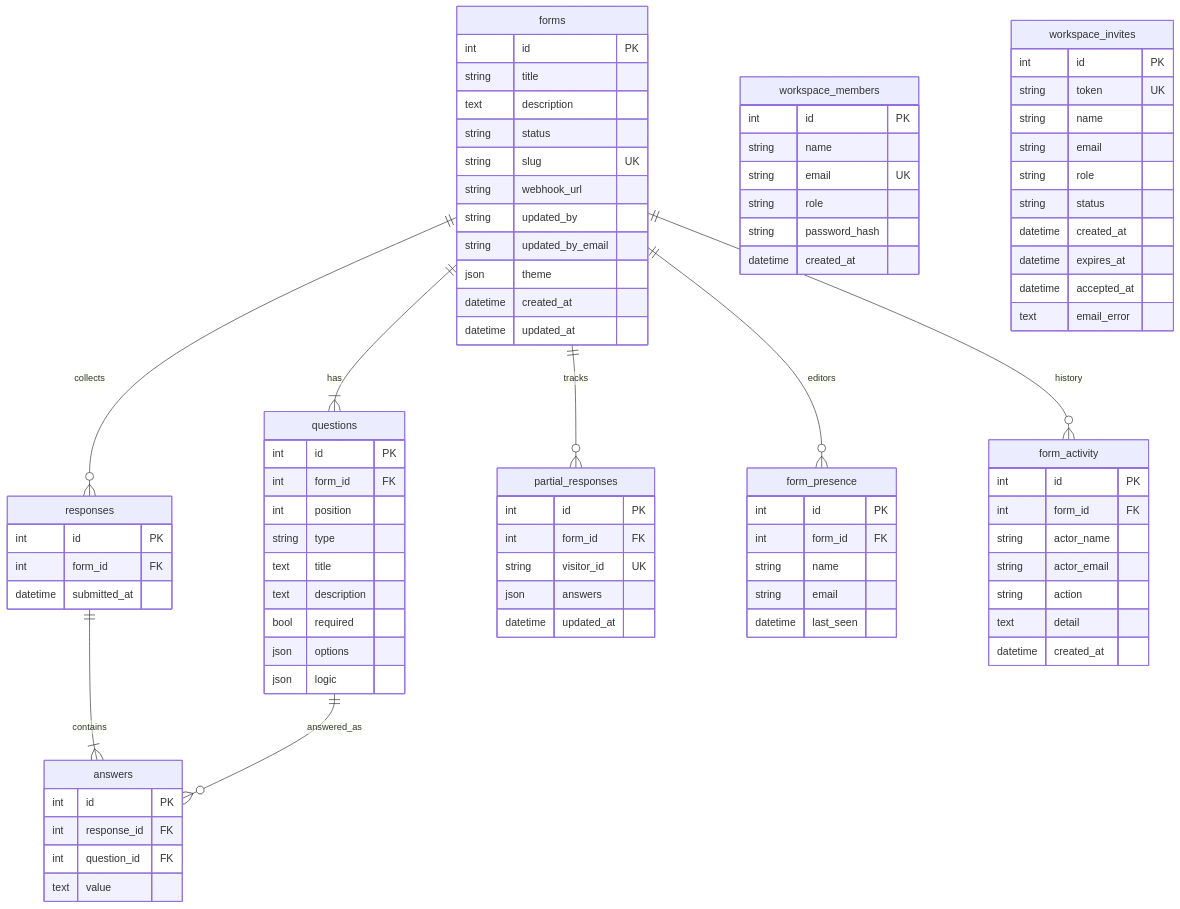
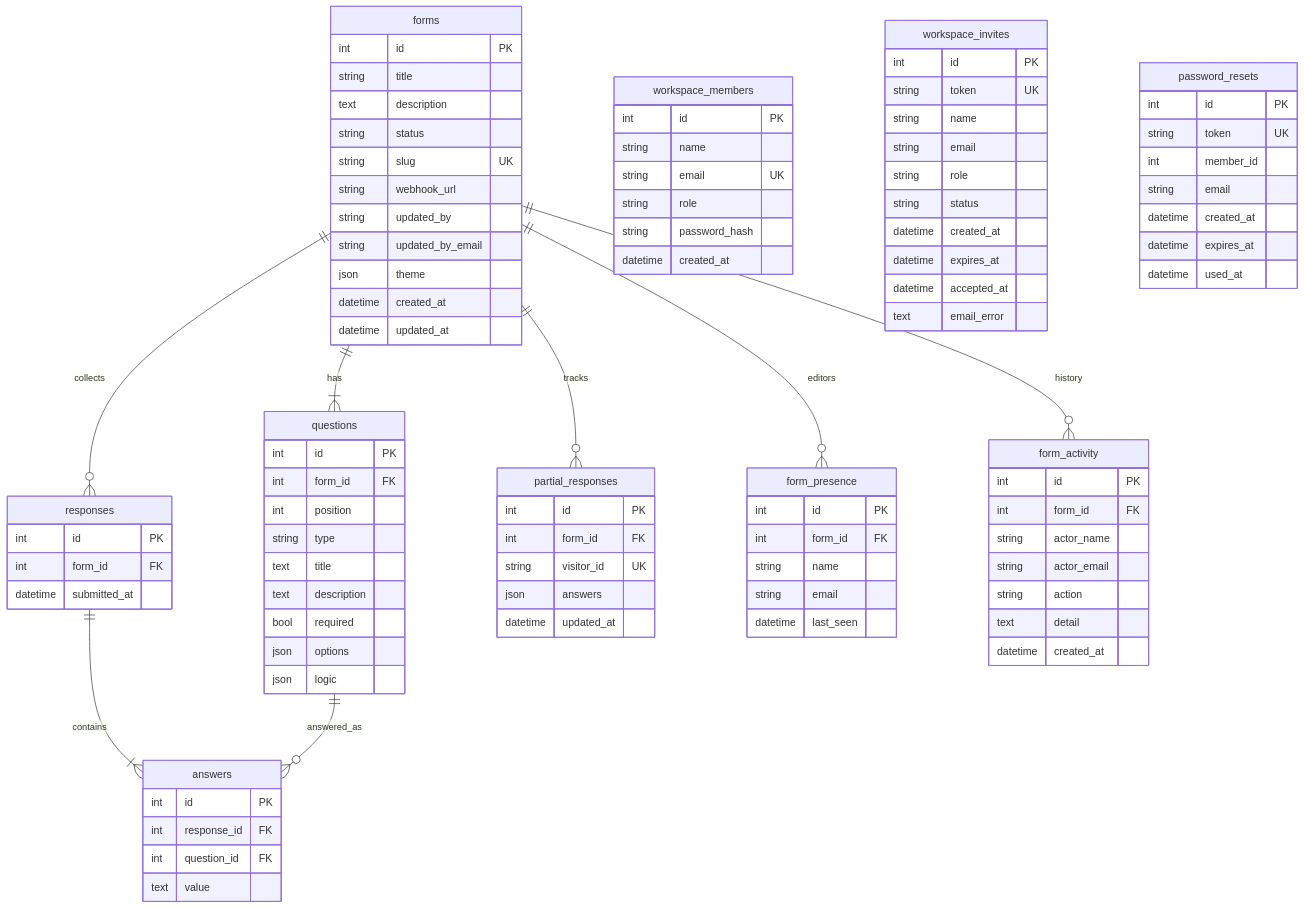
Before and after one commit to ruthwikkakumani/formly: the diagram in docs/diagrams/db-schema.md, drawn with Mermaid. The commit also changed other lines of this file and 65 other files, not shown here.

````diff
--- a/docs/diagrams/db-schema.md
+++ b/docs/diagrams/db-schema.md
@@ -98,4 +98,14 @@
     text detail
     datetime created_at
   }
+
+  password_resets {
+    int id PK
+    string token UK
+    int member_id
+    string email
+    datetime created_at
+    datetime expires_at
+    datetime used_at
+  }
 ```
````
